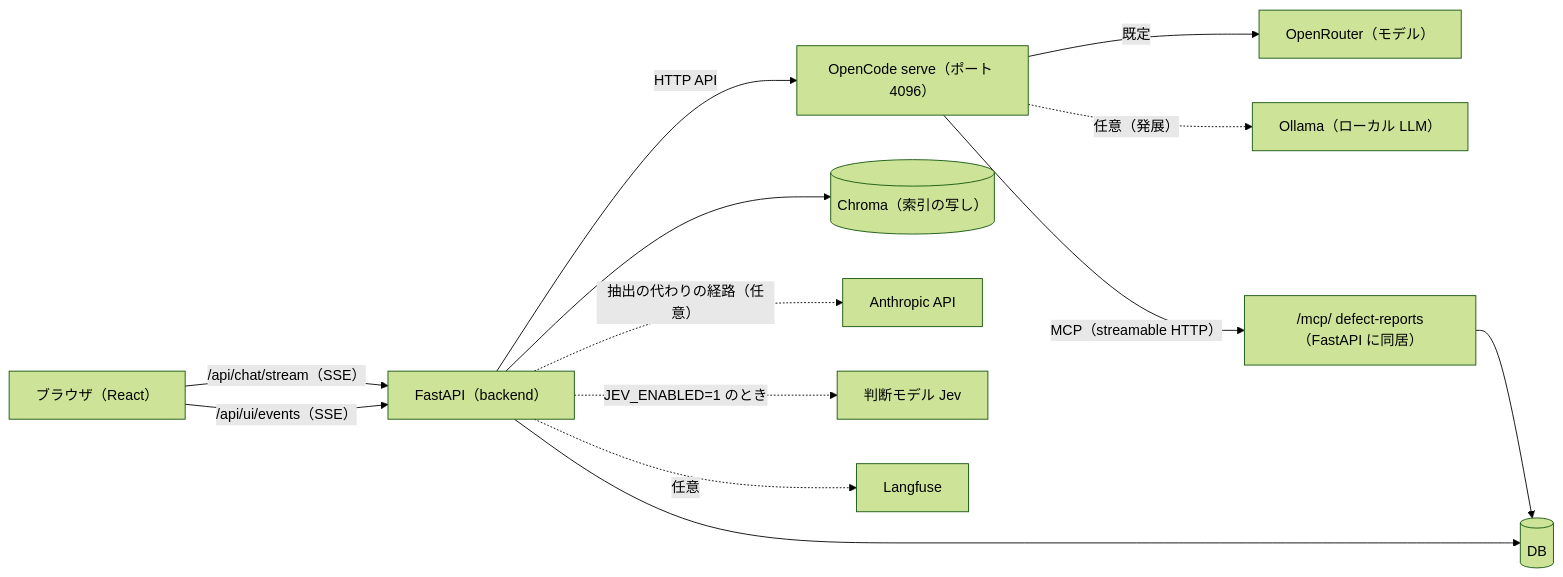
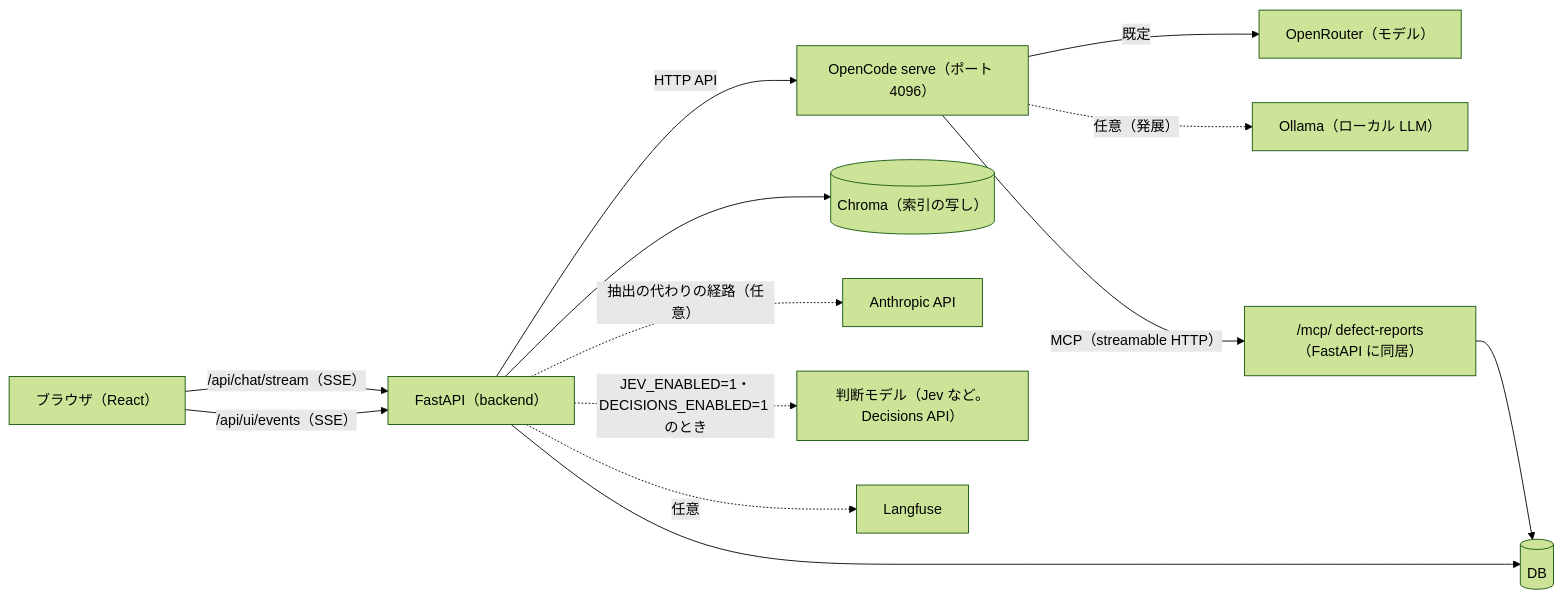
The first of 4 diagrams in docs/06_AI設計書.md (luvwinnie/2026_ai_seminar), drawn with Mermaid (forest theme) before and after one commit. The commit also changed other lines of this file and 15 other files, not shown here.

````diff
--- a/docs/06_AI設計書.md
+++ b/docs/06_AI設計書.md
@@ -21,15 +21,15 @@
 ```mermaid
 flowchart LR
     B["ブラウザ（React）"] -->|"/api/chat/stream（SSE）"| API["FastAPI（backend）"]
     B -->|"/api/ui/events（SSE）"| API
     API -->|"HTTP API"| OC["OpenCode serve（ポート 4096）"]
     OC -->|"既定"| OR["OpenRouter（モデル）"]
     OC -.->|"任意（発展）"| OL["Ollama（ローカル LLM）"]
     OC -->|"MCP（streamable HTTP）"| MCP["/mcp/ defect-reports（FastAPI に同居）"]
     MCP --> DB[("DB")]
     API --> DB
     API --> IDX[("Chroma（索引の写し）")]
     API -.->|"抽出の代わりの経路（任意）"| AN["Anthropic API"]
-    API -.->|"JEV_ENABLED=1 のとき"| DEC["判断モデル Jev"]
+    API -.->|"JEV_ENABLED=1・DECISIONS_ENABLED=1 のとき"| DEC["判断モデル（Jev など。Decisions API）"]
     API -.->|"任意"| LF["Langfuse"]
 ```
````
